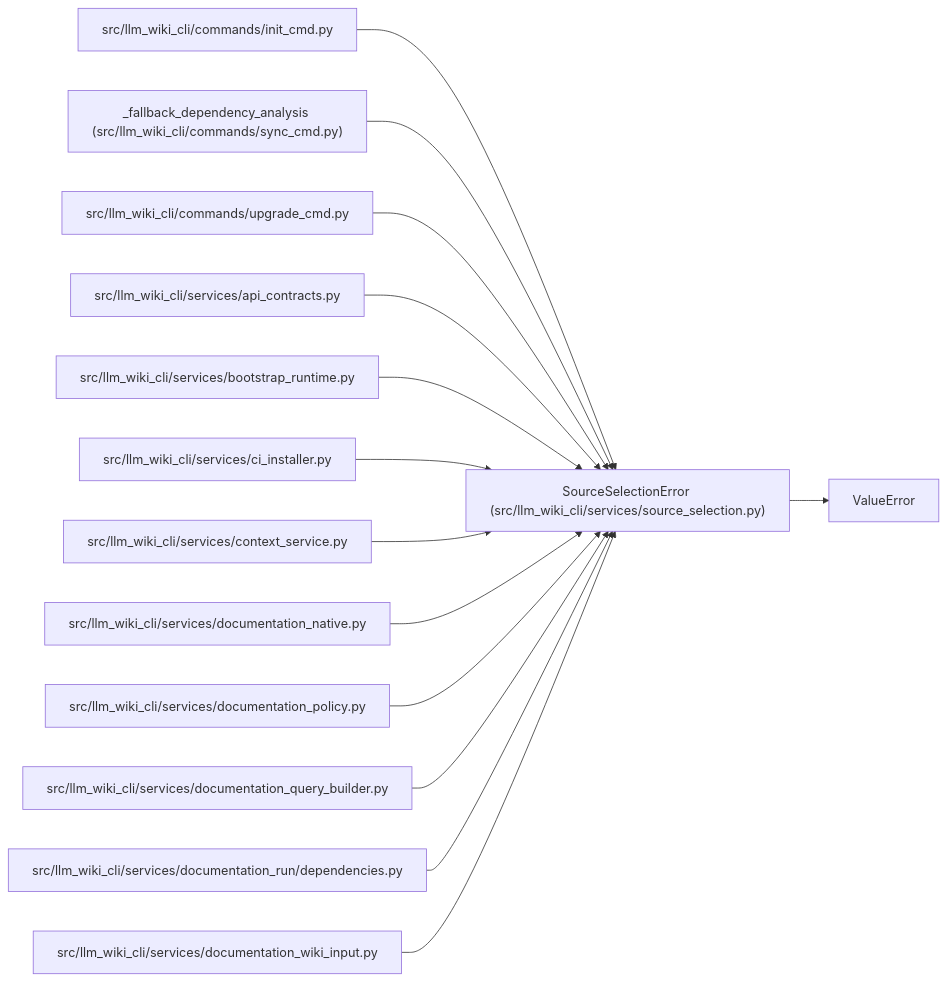
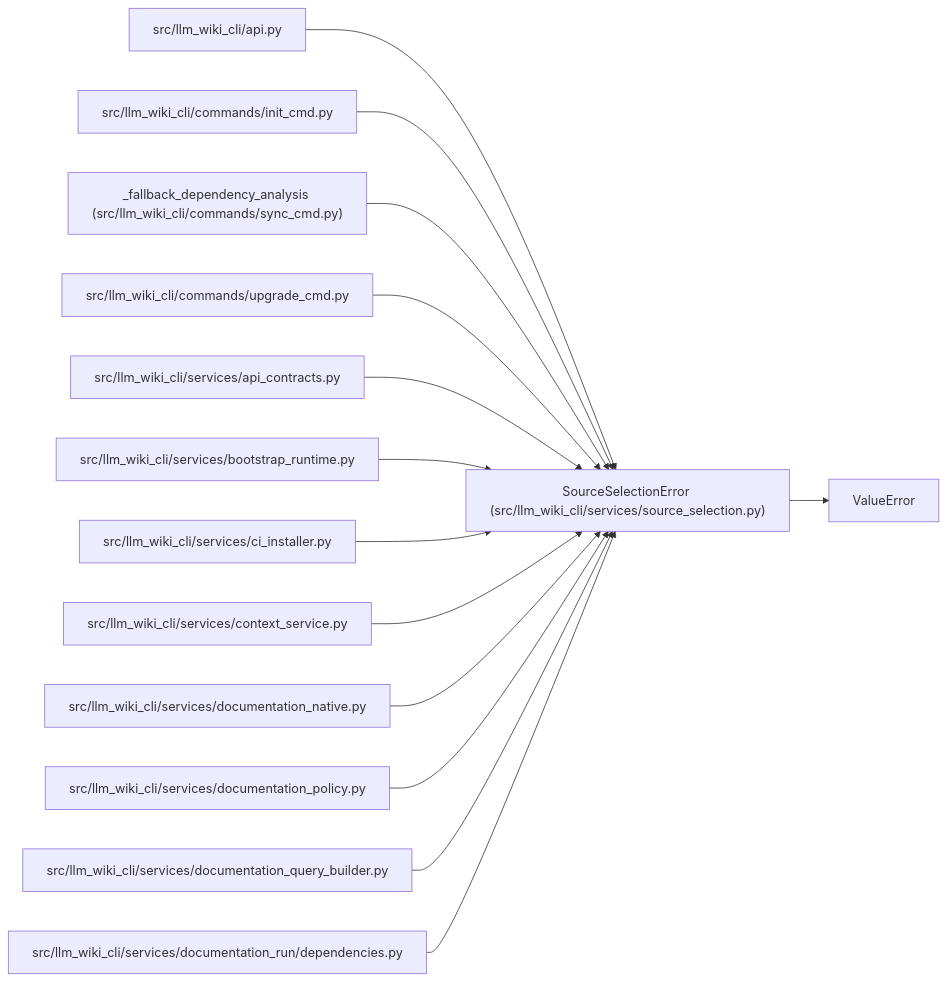
One commit to Denissvgn/python-wiki-llm changed the diagram in docs/llm_wiki/entities/SourceSelectionError.md. Above: the diagram before and after it, drawn with Mermaid. The commit also changed other lines of this file and 398 other files, not shown here.

````diff
--- a/docs/llm_wiki/entities/SourceSelectionError.md
+++ b/docs/llm_wiki/entities/SourceSelectionError.md
@@ -25,43 +25,43 @@
 ```mermaid
 flowchart LR
     n0["SourceSelectionError (src/llm_wiki_cli/services/source_selection.py)"]
     n1["ValueError"]
-    n2["src/llm_wiki_cli/commands/init_cmd.py"]
-    n3["_fallback_dependency_analysis (src/llm_wiki_cli/commands/sync_cmd.py)"]
-    n4["src/llm_wiki_cli/commands/upgrade_cmd.py"]
-    n5["src/llm_wiki_cli/services/api_contracts.py"]
-    n6["src/llm_wiki_cli/services/bootstrap_runtime.py"]
-    n7["src/llm_wiki_cli/services/ci_installer.py"]
-    n8["src/llm_wiki_cli/services/context_service.py"]
-    n9["src/llm_wiki_cli/services/documentation_native.py"]
-    n10["src/llm_wiki_cli/services/documentation_policy.py"]
-    n11["src/llm_wiki_cli/services/documentation_query_builder.py"]
-    n12["src/llm_wiki_cli/services/documentation_run/dependencies.py"]
-    n13["src/llm_wiki_cli/services/documentation_wiki_input.py"]
+    n2["src/llm_wiki_cli/api.py"]
+    n3["src/llm_wiki_cli/commands/init_cmd.py"]
+    n4["_fallback_dependency_analysis (src/llm_wiki_cli/commands/sync_cmd.py)"]
+    n5["src/llm_wiki_cli/commands/upgrade_cmd.py"]
+    n6["src/llm_wiki_cli/services/api_contracts.py"]
+    n7["src/llm_wiki_cli/services/bootstrap_runtime.py"]
+    n8["src/llm_wiki_cli/services/ci_installer.py"]
+    n9["src/llm_wiki_cli/services/context_service.py"]
+    n10["src/llm_wiki_cli/services/documentation_native.py"]
+    n11["src/llm_wiki_cli/services/documentation_policy.py"]
+    n12["src/llm_wiki_cli/services/documentation_query_builder.py"]
+    n13["src/llm_wiki_cli/services/documentation_run/dependencies.py"]
     n0 --> n1
     n2 --> n0
     n3 --> n0
     n4 --> n0
     n5 --> n0
     n6 --> n0
     n7 --> n0
     n8 --> n0
     n9 --> n0
     n10 --> n0
     n11 --> n0
     n12 --> n0
     n13 --> n0
     click n0 "../modules/source_selection.md"
-    click n2 "../modules/init_cmd.md"
-    click n3 "../modules/sync_cmd.md"
-    click n4 "../modules/upgrade_cmd.md"
-    click n5 "../modules/api_contracts.md"
-    click n6 "../modules/bootstrap_runtime.md"
-    click n7 "../modules/ci_installer.md"
-    click n8 "../modules/context_service.md"
-    click n9 "../modules/documentation_native.md"
-    click n10 "../modules/documentation_policy.md"
-    click n11 "../modules/documentation_query_builder.md"
-    click n12 "../modules/documentation_run_dependencies.md"
-    click n13 "../modules/documentation_wiki_input.md"
+    click n2 "../modules/api.md"
+    click n3 "../modules/init_cmd.md"
+    click n4 "../modules/sync_cmd.md"
+    click n5 "../modules/upgrade_cmd.md"
+    click n6 "../modules/api_contracts.md"
+    click n7 "../modules/bootstrap_runtime.md"
+    click n8 "../modules/ci_installer.md"
+    click n9 "../modules/context_service.md"
+    click n10 "../modules/documentation_native.md"
+    click n11 "../modules/documentation_policy.md"
+    click n12 "../modules/documentation_query_builder.md"
+    click n13 "../modules/documentation_run_dependencies.md"
 ```
````
